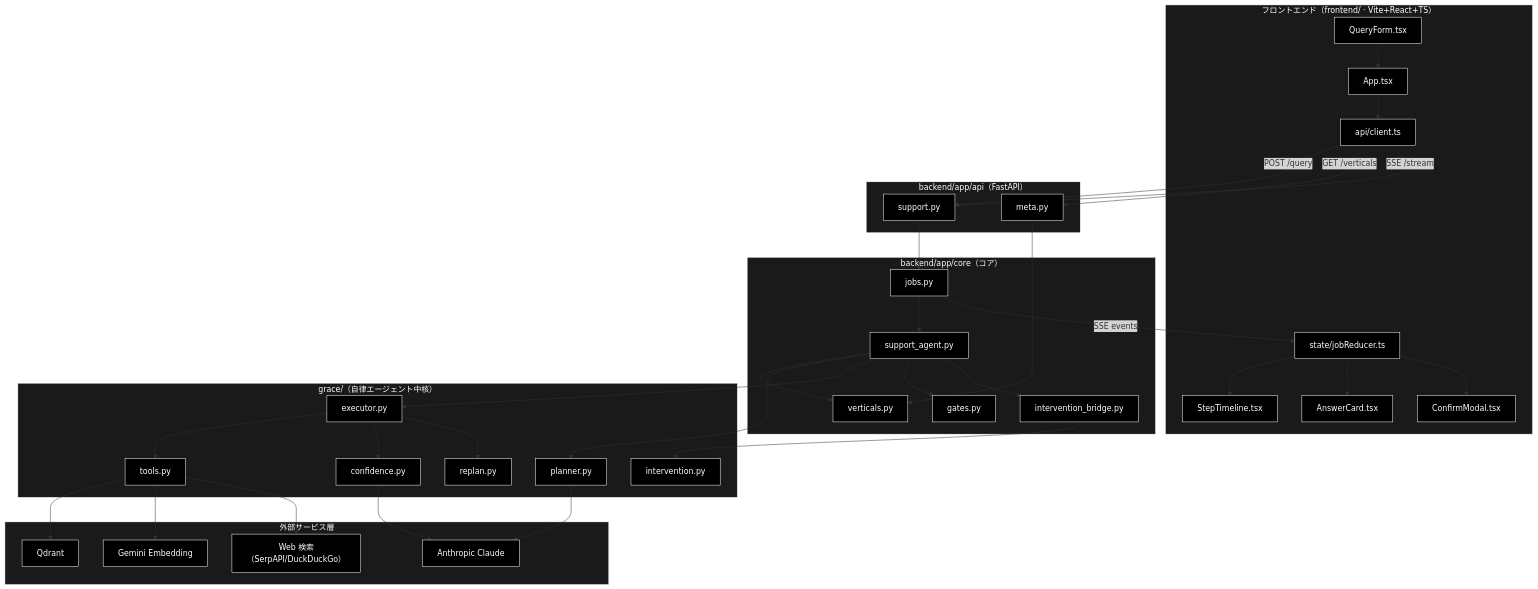
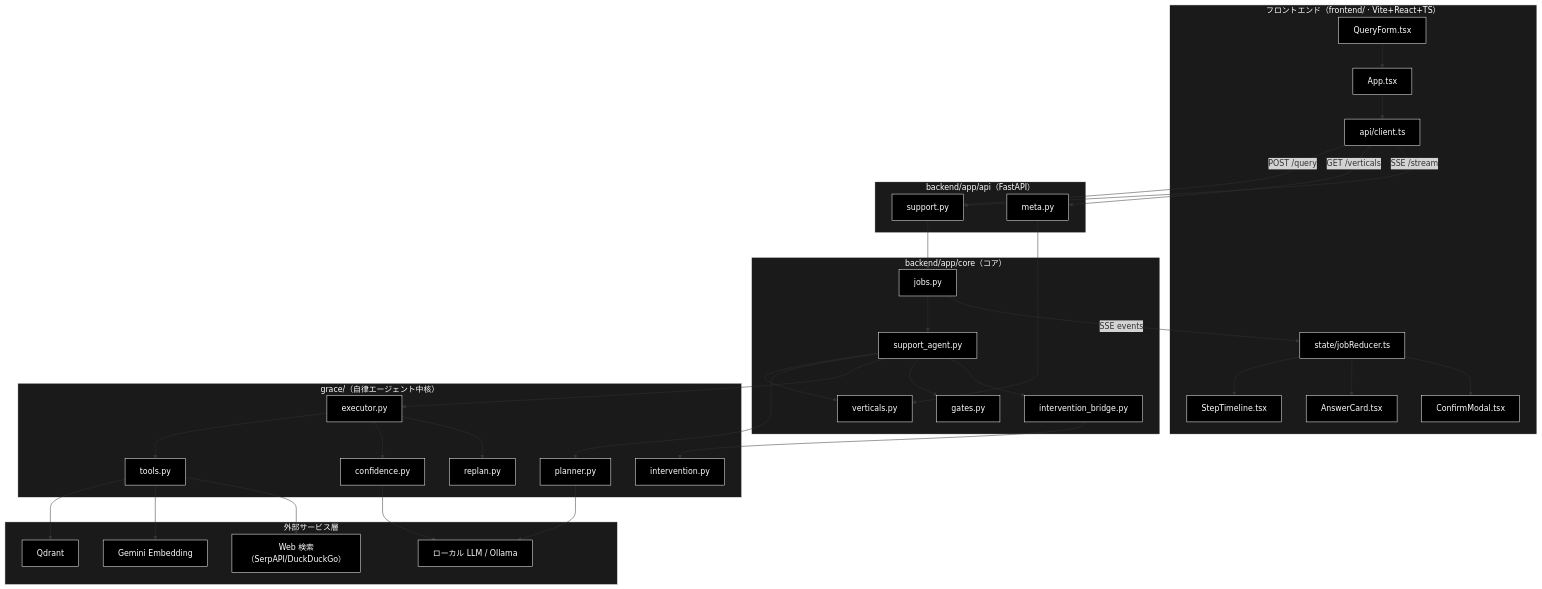
The first of 4 diagrams in backend/docs/react_processing_flow.md (nakashima2toshio/grace_v2_local), drawn with Mermaid before and after one commit. The commit also changed other lines of this file and 7 other files, not shown here.

````diff
--- a/backend/docs/react_processing_flow.md
+++ b/backend/docs/react_processing_flow.md
@@ -89,76 +89,76 @@
 ```mermaid
 flowchart TB
     subgraph FE["フロントエンド（frontend/ · Vite+React+TS）"]
         QF["QueryForm.tsx"]
         APP["App.tsx"]
         CL["api/client.ts"]
         JR["state/jobReducer.ts"]
         ST["StepTimeline.tsx"]
         AC["AnswerCard.tsx"]
         CM["ConfirmModal.tsx"]
     end
 
     subgraph API["backend/app/api（FastAPI）"]
         SUP["support.py"]
         META["meta.py"]
     end
 
     subgraph COREL["backend/app/core（コア）"]
         JOBS["jobs.py"]
         AGENT["support_agent.py"]
         GATES["gates.py"]
         VERT["verticals.py"]
         IB["intervention_bridge.py"]
     end
 
     subgraph GRACE["grace/（自律エージェント中核）"]
         PLAN["planner.py"]
         EXEC["executor.py"]
         TOOLS["tools.py"]
         CONF["confidence.py"]
         REPLAN["replan.py"]
         INTV["intervention.py"]
     end
 
     subgraph EXT["外部サービス層"]
-        ANTH["Anthropic Claude"]
+        OLLAMA["ローカル LLM / Ollama"]
         GEM["Gemini Embedding"]
         QD["Qdrant"]
         WEBS["Web 検索（SerpAPI/DuckDuckGo）"]
     end
 
     QF --> APP
     APP --> CL
     CL -->|POST /query| SUP
     CL -->|GET /verticals| META
     CL -->|SSE /stream| SUP
     META --> VERT
     SUP --> JOBS
     JOBS --> AGENT
     AGENT --> VERT
     AGENT --> PLAN
     AGENT --> EXEC
     AGENT --> GATES
     AGENT --> IB
     IB --> INTV
     EXEC --> TOOLS
     EXEC --> CONF
     EXEC --> REPLAN
-    PLAN --> ANTH
-    CONF --> ANTH
+    PLAN --> OLLAMA
+    CONF --> OLLAMA
     TOOLS --> QD
     TOOLS --> GEM
     TOOLS --> WEBS
     JOBS -->|SSE events| JR
     JR --> ST
     JR --> AC
     JR --> CM
 classDef default fill:#000,stroke:#fff,color:#fff
 classDef subgraphStyle fill:#1a1a1a,stroke:#fff,color:#fff
-class QF,APP,CL,JR,ST,AC,CM,SUP,META,JOBS,AGENT,GATES,VERT,IB,PLAN,EXEC,TOOLS,CONF,REPLAN,INTV,ANTH,GEM,QD,WEBS default
+class QF,APP,CL,JR,ST,AC,CM,SUP,META,JOBS,AGENT,GATES,VERT,IB,PLAN,EXEC,TOOLS,CONF,REPLAN,INTV,OLLAMA,GEM,QD,WEBS default
 style FE fill:#1a1a1a,stroke:#fff,color:#fff
 style API fill:#1a1a1a,stroke:#fff,color:#fff
 style COREL fill:#1a1a1a,stroke:#fff,color:#fff
 style GRACE fill:#1a1a1a,stroke:#fff,color:#fff
 style EXT fill:#1a1a1a,stroke:#fff,color:#fff
 ```
````
